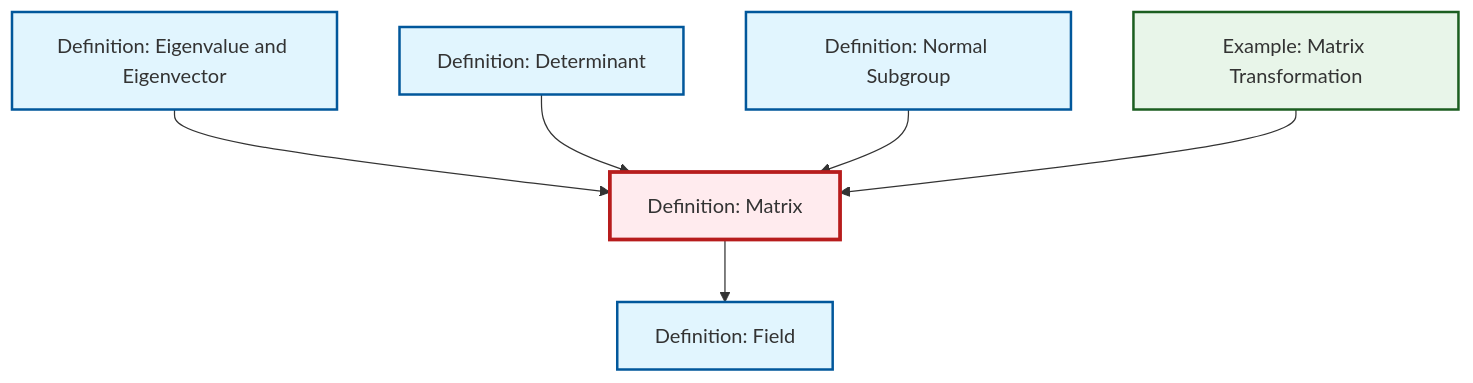
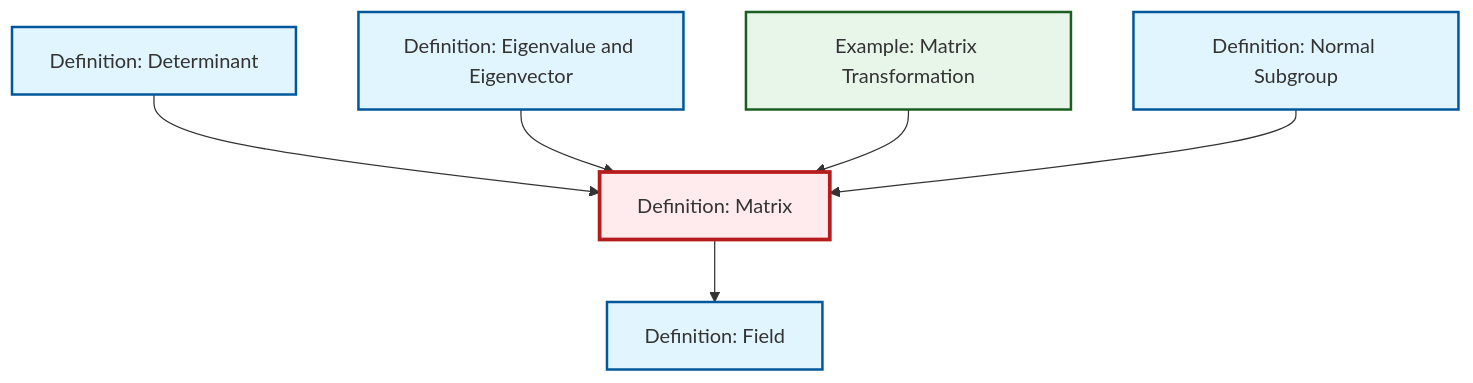
Before and after one commit to RK0429/ModernMath: the diagram in output/mermaid/def-matrix.mermaid, drawn with Mermaid. The commit also changed other lines of this file and 619 other files, not shown here.

```diff
--- a/output/mermaid/def-matrix.mermaid
+++ b/output/mermaid/def-matrix.mermaid
@@ -1,19 +1,19 @@
 %%| fig-cap: "Local dependency graph"
 graph TD
     classDef definition fill:#e1f5fe,stroke:#01579b,stroke-width:2px
     classDef theorem fill:#f3e5f5,stroke:#4a148c,stroke-width:2px
     classDef axiom fill:#fff3e0,stroke:#e65100,stroke-width:2px
     classDef example fill:#e8f5e9,stroke:#1b5e20,stroke-width:2px
     classDef current fill:#ffebee,stroke:#b71c1c,stroke-width:3px
+    def-normal-subgroup["Definition: Normal Subgroup"]:::definition
+    def-determinant["Definition: Determinant"]:::definition
+    def-eigenvalue-eigenvector["Definition: Eigenvalue and Eigenvector"]:::definition
     ex-matrix-transformation["Example: Matrix Transformation"]:::example
+    def-matrix["Definition: Matrix"]:::definition
     def-field["Definition: Field"]:::definition
-    def-determinant["Definition: Determinant"]:::definition
-    def-matrix["Definition: Matrix"]:::definition
-    def-normal-subgroup["Definition: Normal Subgroup"]:::definition
-    def-eigenvalue-eigenvector["Definition: Eigenvalue and Eigenvector"]:::definition
+    def-determinant --> def-matrix
     def-eigenvalue-eigenvector --> def-matrix
     def-matrix --> def-field
-    def-determinant --> def-matrix
+    ex-matrix-transformation --> def-matrix
     def-normal-subgroup --> def-matrix
-    ex-matrix-transformation --> def-matrix
     class def-matrix current
```
